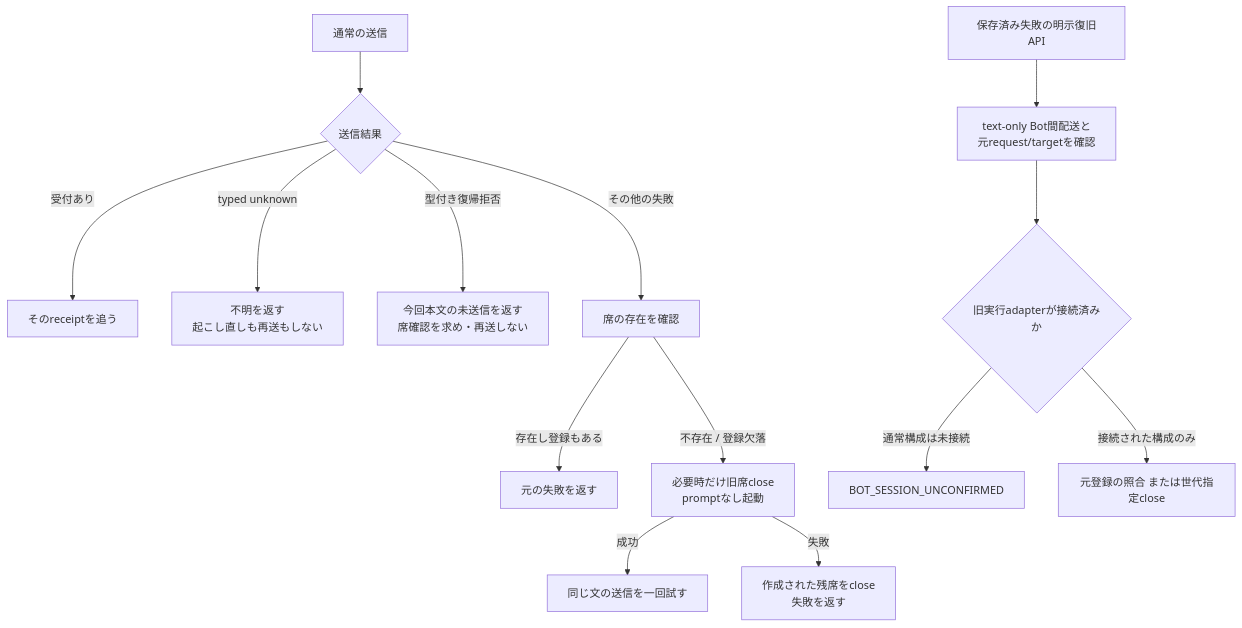
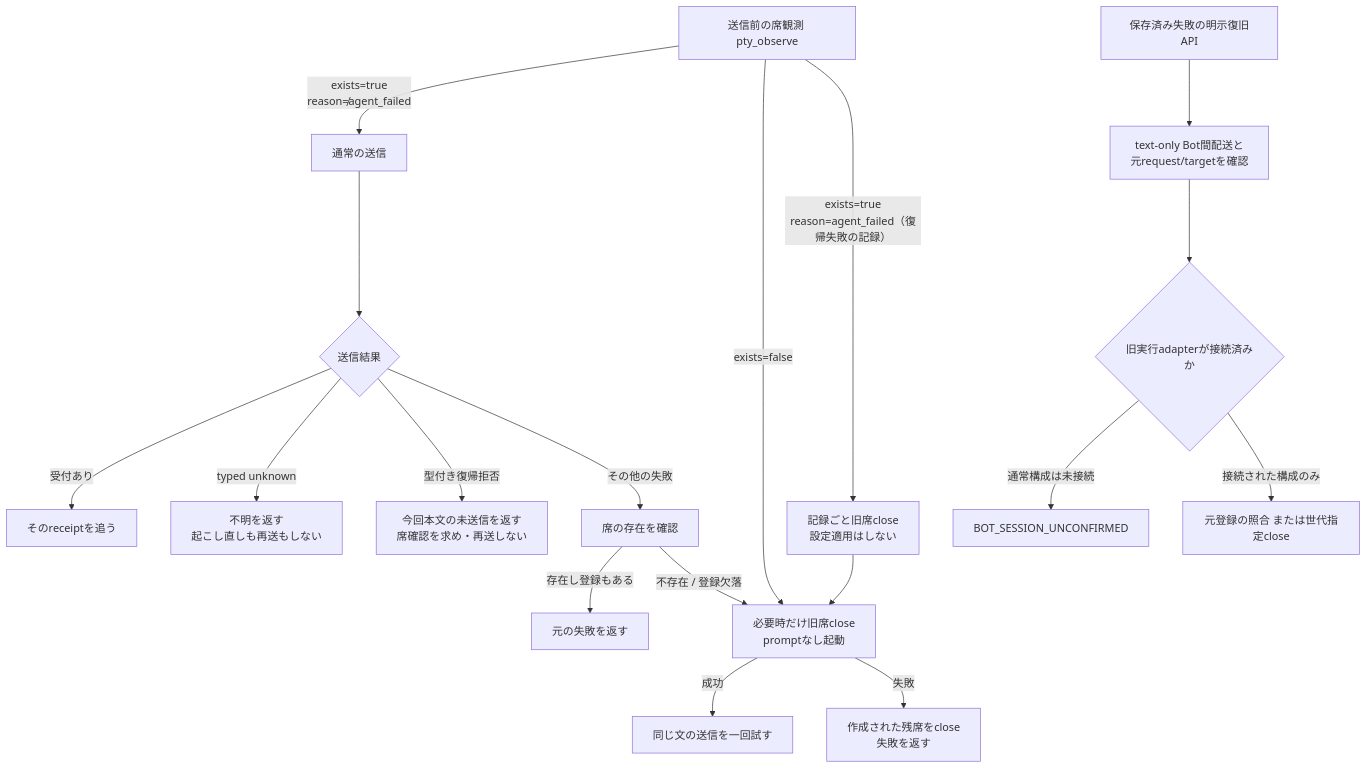
Before and after one commit to kitepon/BellTeam: the second of 2 diagrams in docs/architecture/delivery-details.md, drawn with Mermaid. The commit also changed other lines of this file and 2 other files, not shown here.

Commit message:
Relaunch seats whose Aiterm resume failed before delivering
Aiterm 0.63.x keeps a seat whose hibernation resume failed in its listing and
observation (exists=true, state=unknown, reason=agent_failed) and refuses every
later pty_send to it as dormant. dispatch treated the seat as present and never
relaunched, so deliveries to 23 seats failed with BOT_SEND_FAILED on 2026-11-07.

Route an agent_failed observation through the same launch path as a missing
seat: close the record with pty_close, launch promptless, send the same text
once. Skip desired-configuration apply on that record. Hibernated, resuming
and unknown records keep the previous behaviour.

````diff
--- a/docs/architecture/delivery-details.md
+++ b/docs/architecture/delivery-details.md
@@ -48,16 +48,19 @@
 ```mermaid
 flowchart TD
-  Send["通常の送信"] --> Reply{"送信結果"}
+  Observe["送信前の席観測 pty_observe"] -->|"exists=true<br/>reason≠agent_failed"| Send["通常の送信"]
+  Observe -->|"exists=false"| Launch
+  Observe -->|"exists=true<br/>reason=agent_failed（復帰失敗の記録）"| CloseFailed["記録ごと旧席close<br/>設定適用はしない"] --> Launch
+  Send --> Reply{"送信結果"}
   Reply -->|"受付あり"| Accepted["そのreceiptを追う"]
   Reply -->|"typed unknown"| Unknown["不明を返す<br/>起こし直しも再送もしない"]
   Reply -->|"型付き復帰拒否"| Resume["今回本文の未送信を返す<br/>席確認を求め・再送しない"]
   Reply -->|"その他の失敗"| Running["席の存在を確認"]
   Running -->|"存在し登録もある"| Fail["元の失敗を返す"]
   Running -->|"不存在 / 登録欠落"| Launch["必要時だけ旧席close<br/>promptなし起動"]
   Launch -->|"成功"| Once["同じ文の送信を一回試す"]
   Launch -->|"失敗"| Cleanup["作成された残席をclose<br/>失敗を返す"]
   Explicit["保存済み失敗の明示復旧API"] --> Eligible["text-only Bot間配送と<br/>元request/targetを確認"]
   Eligible --> Adapter{"旧実行adapterが接続済みか"}
   Adapter -->|"通常構成は未接続"| Refuse["BOT_SESSION_UNCONFIRMED"]
   Adapter -->|"接続された構成のみ"| Reconcile["元登録の照合 または世代指定close"]
 ```
````
